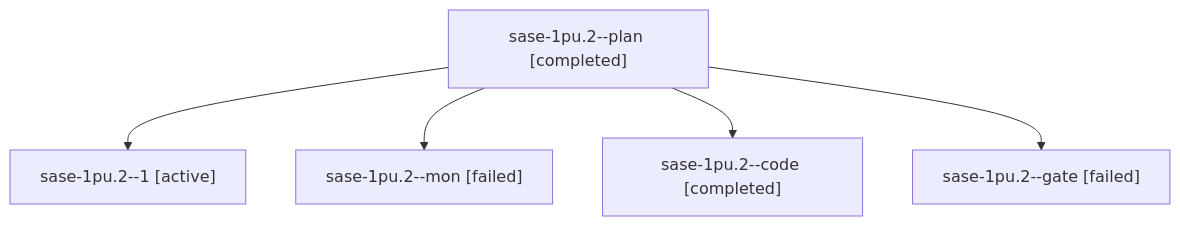
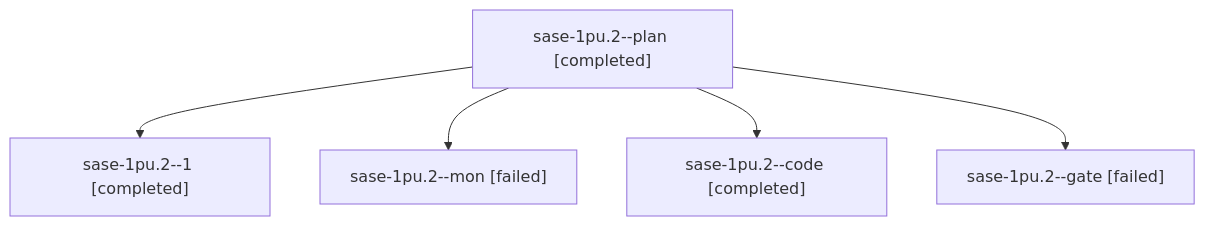
One commit to sase-org/sase--agents changed the diagram in sessions/bbugyi200.athena.sase-1pu.2.md. Above: the diagram before and after it, drawn with Mermaid. The commit also changed other lines of this file and 64 other files, not shown here.

````diff
--- a/sessions/bbugyi200.athena.sase-1pu.2.md
+++ b/sessions/bbugyi200.athena.sase-1pu.2.md
@@ -9,12 +9,12 @@
 ```mermaid
 flowchart TD
   n0["sase-1pu.2--plan [completed]"]
-  n1["sase-1pu.2--1 [active]"]
+  n1["sase-1pu.2--1 [completed]"]
   n0 --> n1
   n2["sase-1pu.2--mon [failed]"]
   n0 --> n2
   n3["sase-1pu.2--code [completed]"]
   n0 --> n3
   n4["sase-1pu.2--gate [failed]"]
   n0 --> n4
 ```
````
